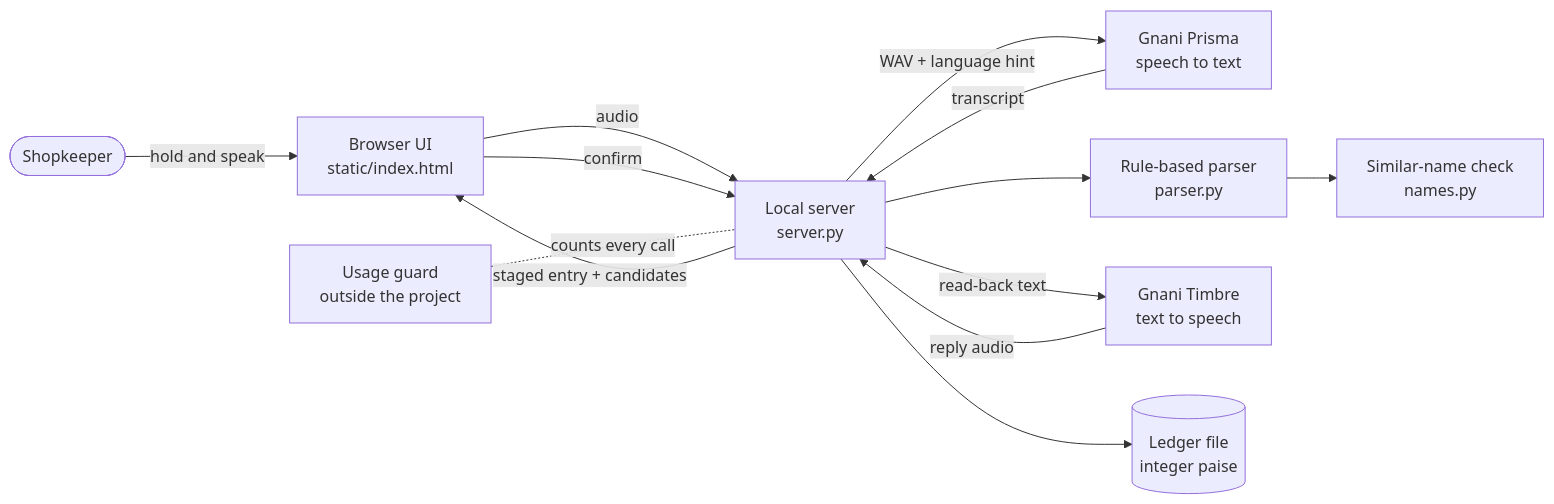
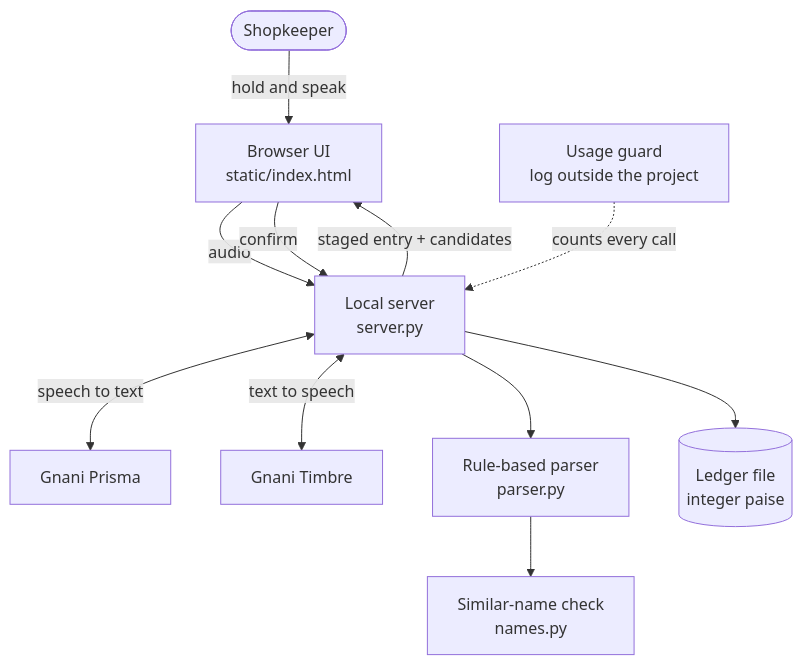
One commit to anilkumara9/kirana-munim changed the diagram in README.md. Above: the diagram before and after it, drawn with Mermaid. The commit also changed other lines of this file and 1 other file, not shown here.

Commit message:
README: clearer design diagram, playable demo page

````diff
--- a/README.md
+++ b/README.md
@@ -15,15 +15,13 @@
 ```mermaid
-flowchart LR
-    U([Shopkeeper]) -->|hold and speak| UI[Browser UI<br/>static/index.html]
-    UI -->|audio| SRV[Local server<br/>server.py]
-    SRV -->|WAV + language hint| STT[Gnani Prisma<br/>speech to text]
-    STT -->|transcript| SRV
-    SRV --> PARSE[Rule-based parser<br/>parser.py]
-    PARSE --> MATCH[Similar-name check<br/>names.py]
-    SRV -->|read-back text| TTS[Gnani Timbre<br/>text to speech]
-    TTS -->|reply audio| SRV
-    SRV -->|staged entry + candidates| UI
-    UI -->|confirm| SRV
-    SRV --> LEDGER[(Ledger file<br/>integer paise)]
-    GUARD[Usage guard<br/>outside the project] -.counts every call.- SRV
+flowchart TB
+    U([Shopkeeper]) -->|hold and speak| UI["Browser UI<br/>static/index.html"]
+    UI -->|audio| SRV["Local server<br/>server.py"]
+    SRV <-->|"speech to text"| STT["Gnani Prisma"]
+    SRV <-->|"text to speech"| TTS["Gnani Timbre"]
+    SRV --> PARSE["Rule-based parser<br/>parser.py"]
+    PARSE --> MATCH["Similar-name check<br/>names.py"]
+    SRV -->|"staged entry + candidates"| UI
+    UI -->|"confirm"| SRV
+    SRV --> LEDGER[("Ledger file<br/>integer paise")]
+    GUARD["Usage guard<br/>log outside the project"] -.->|"counts every call"| SRV
 ```
````
